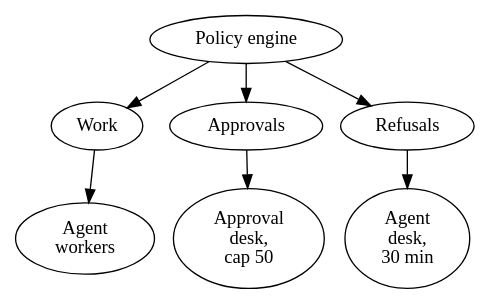
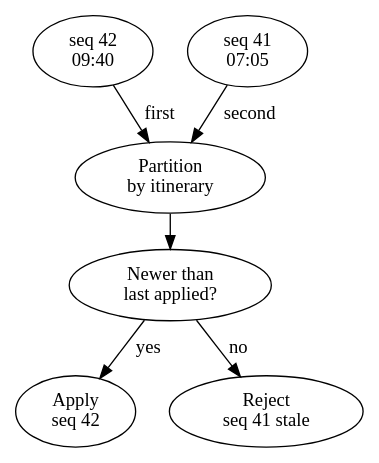
One commit to rajesh1008/system-design-book changed the diagram in figures/src/ch08/fig-08-4.dot. Above: the diagram before and after it, drawn with Graphviz. The commit also changed 67 other files, not shown here.

```diff
--- a/figures/src/ch08/fig-08-4.dot
+++ b/figures/src/ch08/fig-08-4.dot
@@ -1,16 +1,21 @@
-// Figure 8.4  Three queues and their consumers
-// Reading order: top to bottom. The policy engine routes each
-// command; each queue has one kind of consumer and one promise.
-digraph queues {
+// Figure 8.4  Ordering per itinerary
+// Reading order: top to bottom. Two changes for one itinerary arrive
+// out of order; the partition keeps one consumer per itinerary; the
+// sequence check applies the newer change and rejects the older one.
+digraph order {
 #include "book.gv"
-  rankdir=TB; nodesep=0.2; ranksep=0.4;
-  pol [label="Policy engine", class="policy gate"];
-  qw [label="Work", class="ops store"];
-  qa [label="Approvals", class="policy store"];
-  qr [label="Refusals", class="ops store"];
-  wk [label="Agent\nworkers", class="ops"];
-  desk [label="Approval\ndesk,\ncap 50", class="org human"];
-  ad [label="Agent\ndesk,\n30 min", class="org human"];
-  pol -> qw; pol -> qa [class="emphasis"]; pol -> qr;
-  qw -> wk; qa -> desk; qr -> ad;
+  rankdir=TB; nodesep=0.35; ranksep=0.35;
+  e42 [label="seq 42\n09:40", class="ops"];
+  e41 [label="seq 41\n07:05", class="ops"];
+  part [label="Partition\nby itinerary", class="ops"];
+  chk [label="Newer than\nlast applied?", class="ops gate"];
+  ok [label="Apply\nseq 42", class="verified"];
+  stale [label="Reject\nseq 41 stale", class="fail"];
+  e42 -> part [label=" first"];
+  e41 -> part [label=" second"];
+  part -> chk;
+  chk -> ok [label=" yes", class="verified"];
+  chk -> stale [label=" no", class="fail"];
+  { rank=same; e42; e41; }
+  { rank=same; ok; stale; }
 }
```
